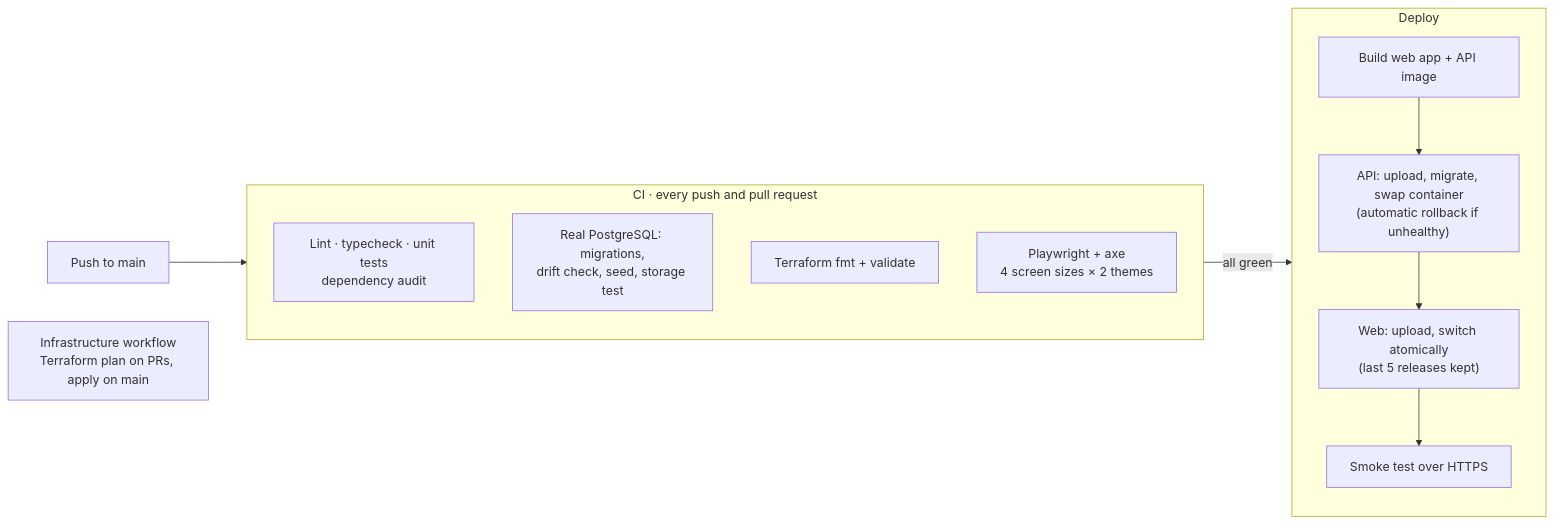
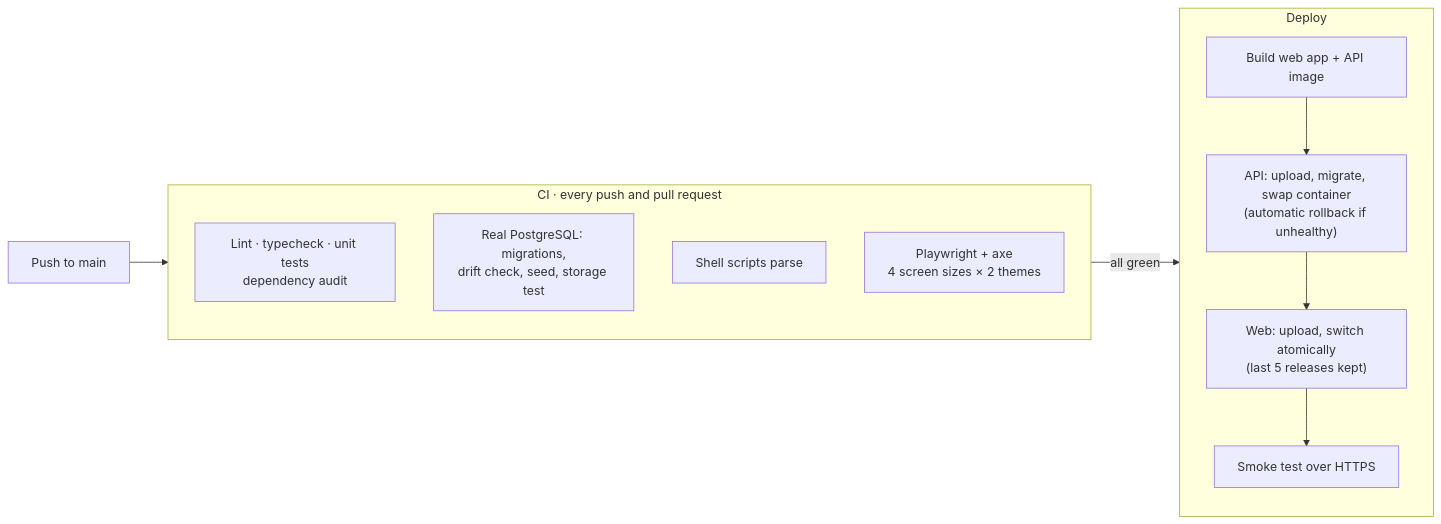
The fifth of 5 diagrams in README.md (ashutosh-lodha/ArchBoard), drawn with Mermaid before and after one commit. The commit also changed other lines of this file and 12 other files, not shown here.

Commit message:
chore(infra): remove Terraform and its CI workflow, document manual infrastructure

````diff
--- a/README.md
+++ b/README.md
@@ -269,19 +275,18 @@
 ```mermaid
 flowchart LR
   push["Push to main"] --> ci
   subgraph ci["CI · every push and pull request"]
     direction TB
     c1["Lint · typecheck · unit tests<br/>dependency audit"]
     c2["Real PostgreSQL: migrations,<br/>drift check, seed, storage test"]
-    c3["Terraform fmt + validate"]
+    c3["Shell scripts parse"]
     c4["Playwright + axe<br/>4 screen sizes × 2 themes"]
   end
   ci -- "all green" --> deploy
   subgraph deploy["Deploy"]
     direction TB
     d1["Build web app + API image"] --> d2["API: upload, migrate, swap container<br/>(automatic rollback if unhealthy)"]
     d2 --> d3["Web: upload, switch atomically<br/>(last 5 releases kept)"]
     d3 --> d4["Smoke test over HTTPS"]
   end
-  infra["Infrastructure workflow<br/>Terraform plan on PRs, apply on main"]
 ```
````
